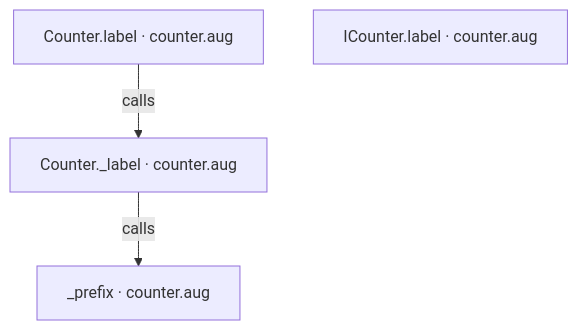
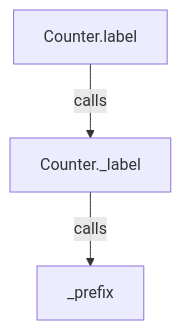
Before and after one commit to GreenPandaStudios/augscript: the second of 4 diagrams in docs/examples/visibility/counter-diagrams.md, drawn with Mermaid. The commit also changed other lines of this file and 524 other files, not shown here.

Commit message:
Explain checked data flow at folder and service levels

````diff
--- a/docs/examples/visibility/counter-diagrams.md
+++ b/docs/examples/visibility/counter-diagrams.md
@@ -31,9 +31,8 @@
 ```mermaid
 flowchart TD
-    n0["Counter._label · counter.aug"]
-    n1["Counter.label · counter.aug"]
-    n2["ICounter.label · counter.aug"]
-    n3["_prefix · counter.aug"]
-    n0 -->|"calls"| n3
+    n0["Counter._label"]
+    n1["Counter.label"]
+    n2["_prefix"]
+    n0 -->|"calls"| n2
     n1 -->|"calls"| n0
 ```
````
